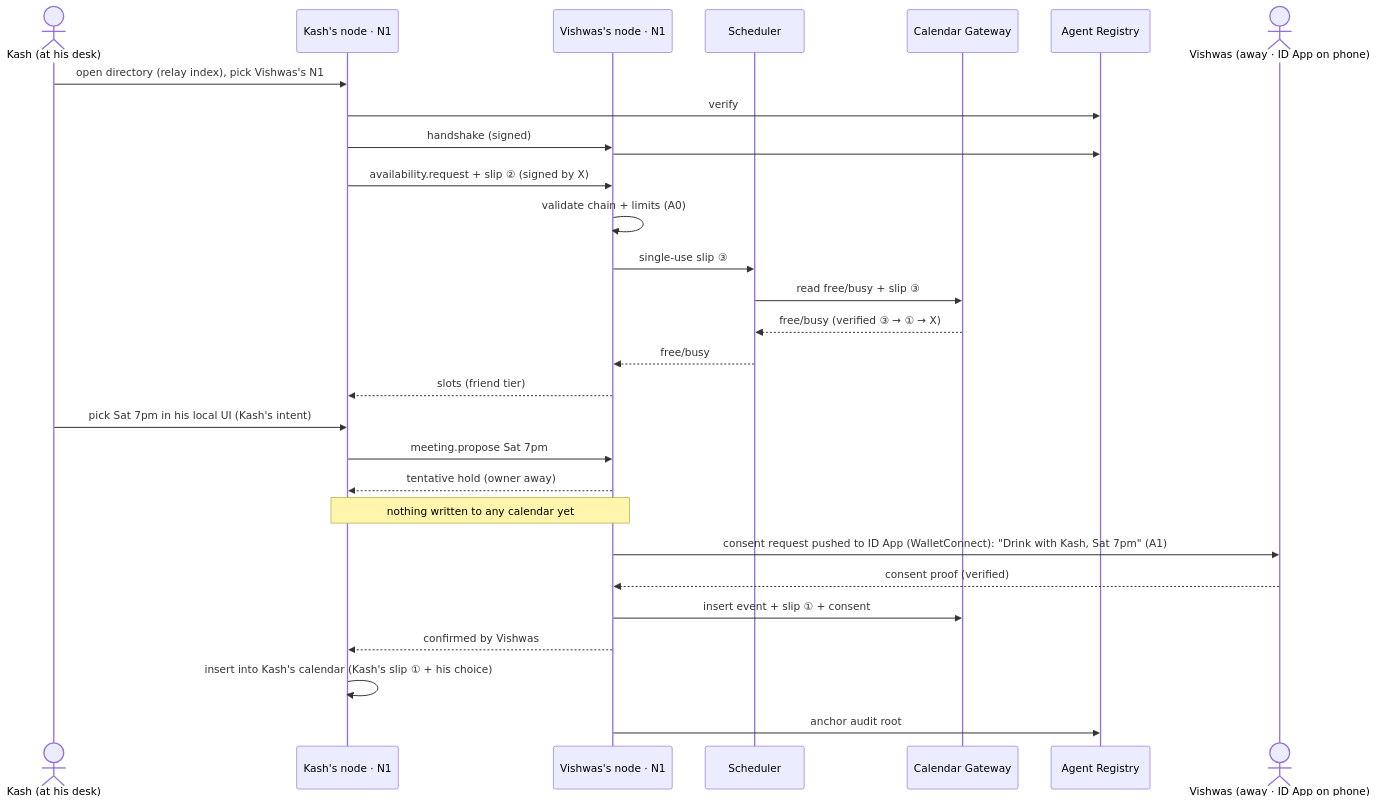
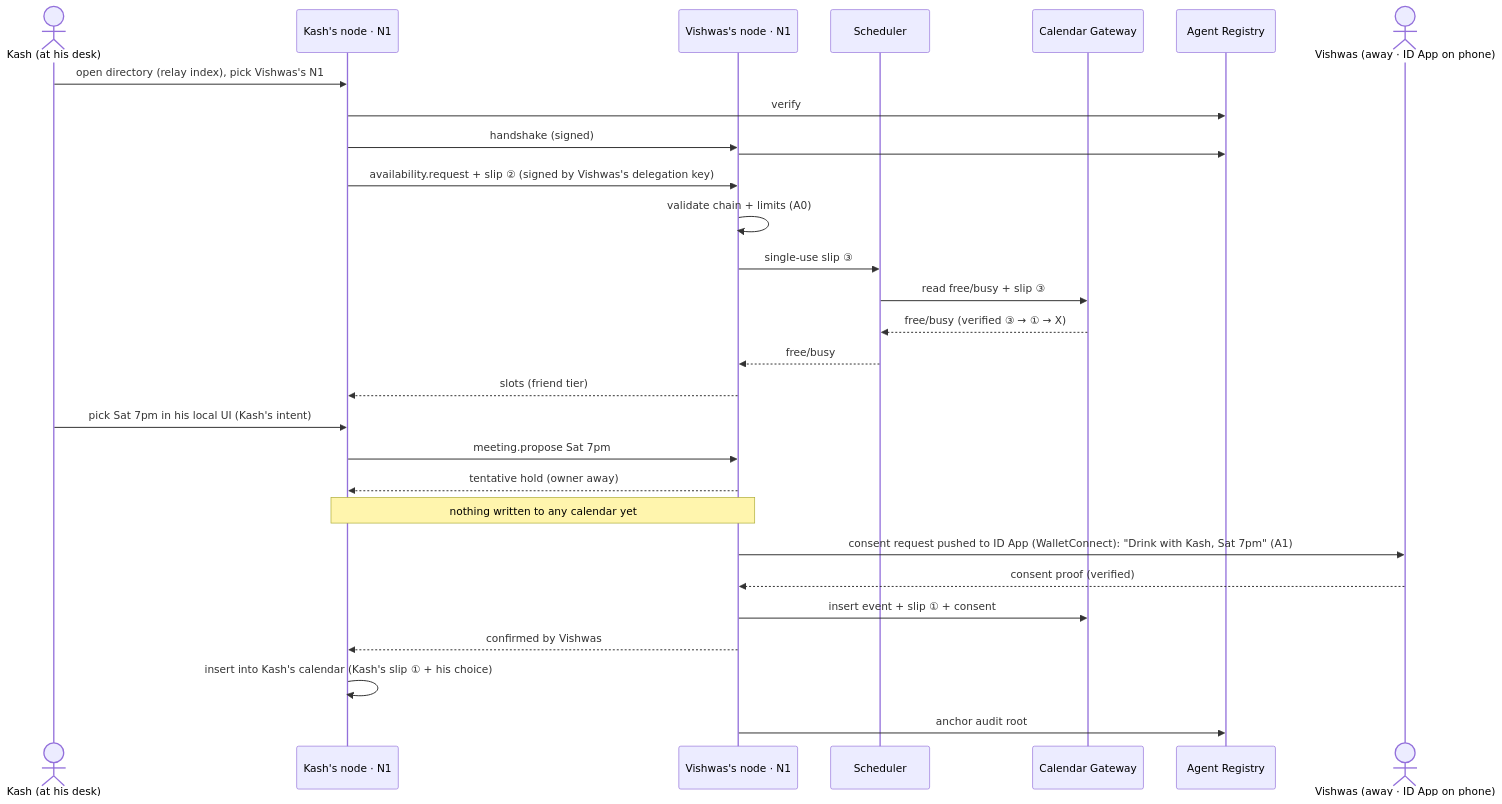
One commit to Vishwas1/number1-agent changed the second of 2 diagrams in technical-solution.md. Above: the diagram before and after it, drawn with Mermaid. The commit also changed other lines of this file and 2 other files, not shown here.

````diff
--- a/technical-solution.md
+++ b/technical-solution.md
@@ -163,32 +163,32 @@
 ```mermaid
 sequenceDiagram
     actor K as Kash (at his desk)
     participant KN as Kash's node · N1 #17
     participant VN as Vishwas's node · N1 #42
     participant SC as Scheduler #43
     participant GW as Calendar Gateway
     participant R as Agent Registry
     actor V as Vishwas (away · ID App on phone)
 
     K->>KN: open directory (relay index), pick Vishwas's N1
     KN->>R: verify #42: active? owned by X? attestation "Vishwas, 18+" valid + VAA on chain?
     KN->>VN: handshake (signed)
     VN->>R: #17 active? owner verified?
-    KN->>VN: availability.request + slip ② (signed by X)
+    KN->>VN: availability.request + slip ② (signed by Vishwas's delegation key)
     VN->>VN: validate chain + limits (A0)
     VN->>SC: single-use slip ③
     SC->>GW: read free/busy + slip ③
     GW-->>SC: free/busy (verified ③ → ① → X)
     SC-->>VN: free/busy
     VN-->>KN: slots (friend tier)
     K->>KN: pick Sat 7pm in his local UI (Kash's intent)
     KN->>VN: meeting.propose Sat 7pm
     VN-->>KN: tentative hold (owner away)
     Note over KN,VN: nothing written to any calendar yet
     VN->>V: consent request pushed to ID App (WalletConnect): "Drink with Kash, Sat 7pm" (A1)
     V-->>VN: consent proof (verified)
     VN->>GW: insert event + slip ① + consent
     VN-->>KN: confirmed by Vishwas
     KN->>KN: insert into Kash's calendar (Kash's slip ① + his choice)
     VN->>R: anchor audit root
 ```
````
